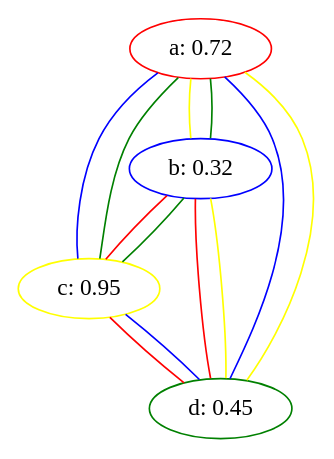
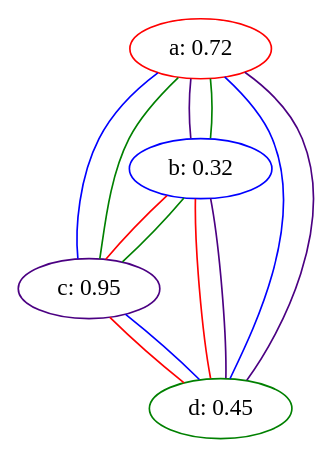
Before and after one commit to Bracktus/Noisy-Tournament-Ranking: the diagram in final/docs/figures/sources/fig1.dot, drawn with Graphviz. The commit also changed 1 other file, not shown here.

```diff
--- a/final/docs/figures/sources/fig1.dot
+++ b/final/docs/figures/sources/fig1.dot
@@ -1,20 +1,20 @@
 graph {
     a[label="a: 0.72", color="red"]
     b[label="b: 0.32", color="blue"]
-    c[label="c: 0.95", color="yellow"]
+    c[label="c: 0.95", color="indigo"]
     d[label="d: 0.45", color="green"]
 
     edge [len=3]
-    a -- b[color="yellow"]
+    a -- b[color="indigo"]
     a -- b[color="green"]
     a -- c[color="blue"]
     a -- c[color="green"]
     a -- d[color="blue"]
-    a -- d[color="yellow"]
+    a -- d[color="indigo"]
     b -- c[color="red"]
     b -- c[color="green"]
     b -- d[color="red"]
-    b -- d[color="yellow"]
+    b -- d[color="indigo"]
     c -- d[color="red"]
     c -- d[color="blue"]
 }
```
